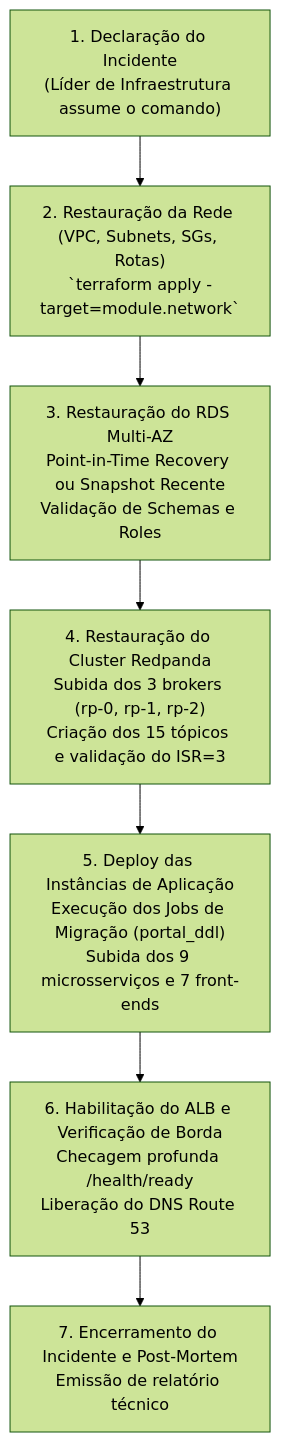
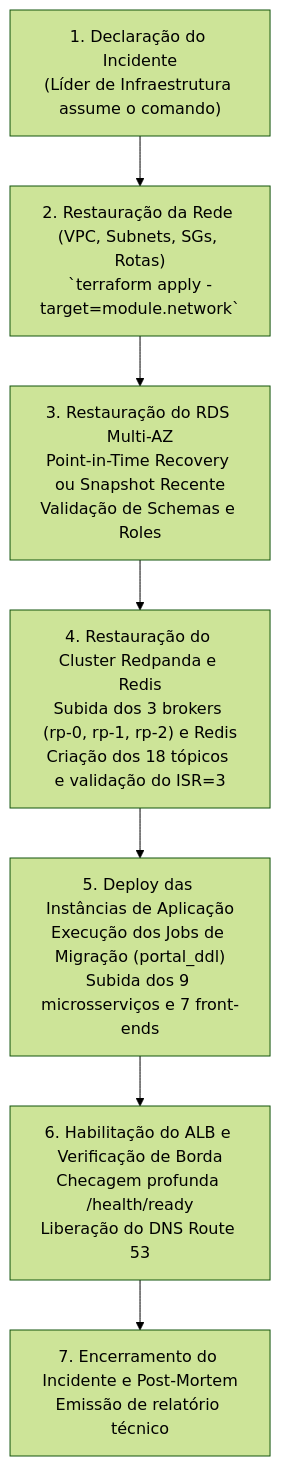
One commit to Printf-PedroCardoso/portal-b2b-kit-infra changed the fourth of 4 diagrams in docs/arquitetura-aws.md. Above: the diagram before and after it, drawn with Mermaid (forest theme). The commit also changed other lines of this file and 5 other files, not shown here.

````diff
--- a/docs/arquitetura-aws.md
+++ b/docs/arquitetura-aws.md
@@ -411,9 +411,9 @@
 ```mermaid
 flowchart TD
   Step1["1. Declaração do Incidente\n(Líder de Infraestrutura assume o comando)"] --> Step2["2. Restauração da Rede (VPC, Subnets, SGs, Rotas)\n`terraform apply -target=module.network`"]
   Step2 --> Step3["3. Restauração do RDS Multi-AZ\nPoint-in-Time Recovery ou Snapshot Recente\nValidação de Schemas e Roles"]
-  Step3 --> Step4["4. Restauração do Cluster Redpanda\nSubida dos 3 brokers (rp-0, rp-1, rp-2)\nCriação dos 15 tópicos e validação do ISR=3"]
+  Step3 --> Step4["4. Restauração do Cluster Redpanda e Redis\nSubida dos 3 brokers (rp-0, rp-1, rp-2) e Redis\nCriação dos 18 tópicos e validação do ISR=3"]
   Step4 --> Step5["5. Deploy das Instâncias de Aplicação\nExecução dos Jobs de Migração (portal_ddl)\nSubida dos 9 microsserviços e 7 front-ends"]
   Step5 --> Step6["6. Habilitação do ALB e Verificação de Borda\nChecagem profunda /health/ready\nLiberação do DNS Route 53"]
   Step6 --> Step7["7. Encerramento do Incidente e Post-Mortem\nEmissão de relatório técnico"]
 ```
````
